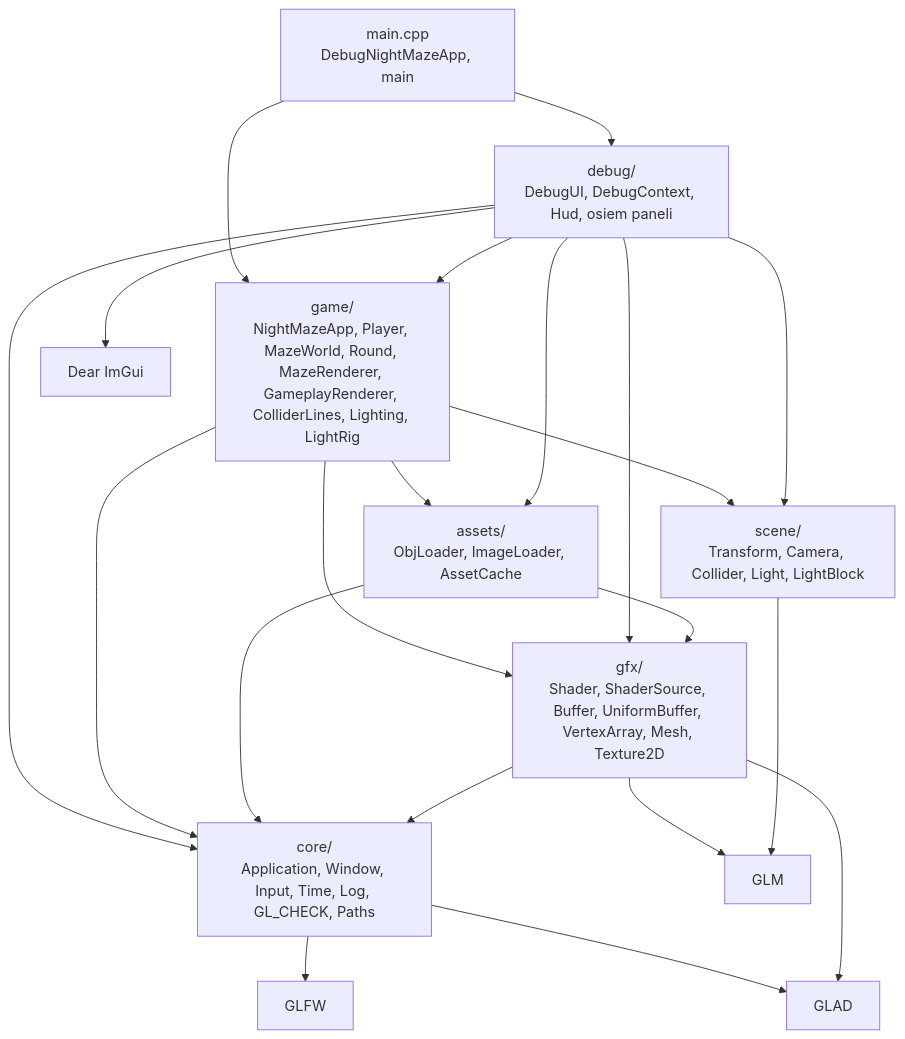
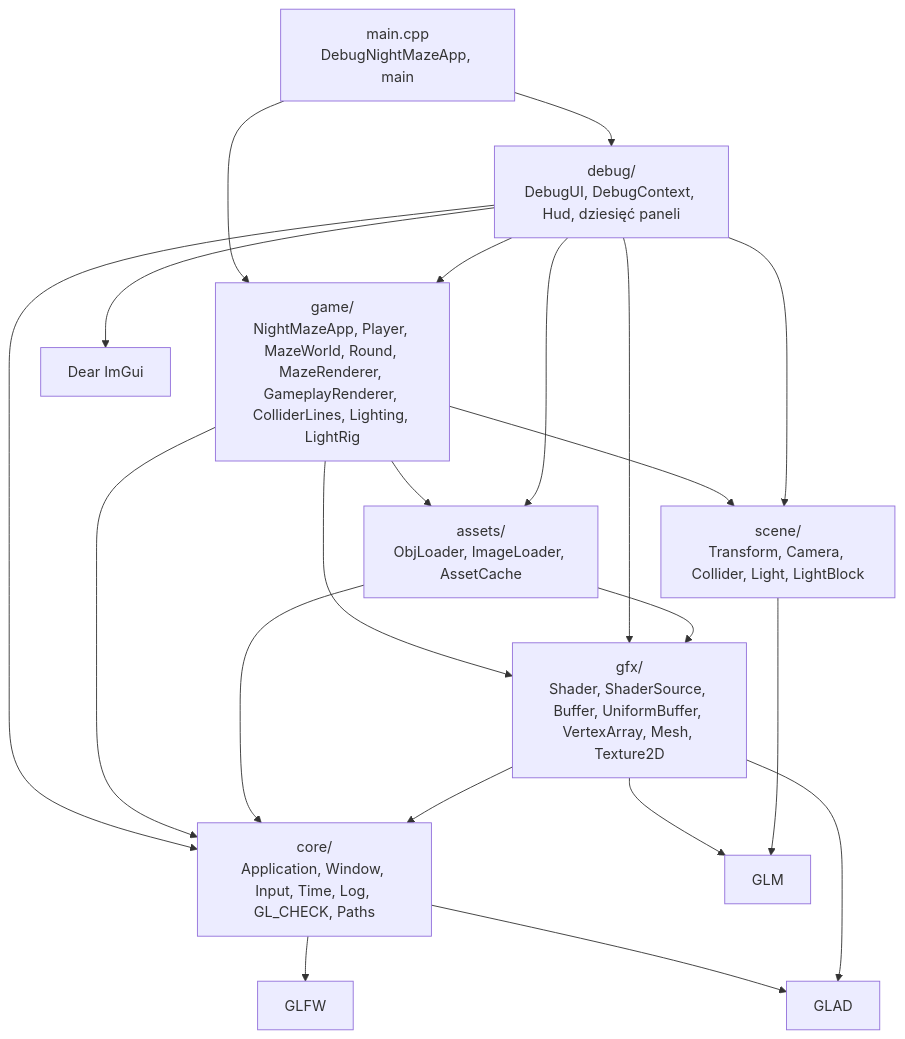
Before and after one commit to Shironex/night-maze: the first of 3 diagrams in docs/modules/core/README.md, drawn with Mermaid. The commit also changed other lines of this file and 12 other files, not shown here.

````diff
--- a/docs/modules/core/README.md
+++ b/docs/modules/core/README.md
@@ -44,23 +44,23 @@
 ```mermaid
 flowchart TD
-    Main["main.cpp<br/>DebugNightMazeApp, main"] --> Debug["debug/<br/>DebugUI, DebugContext, Hud, osiem paneli"]
+    Main["main.cpp<br/>DebugNightMazeApp, main"] --> Debug["debug/<br/>DebugUI, DebugContext, Hud, dziesięć paneli"]
     Main --> Game["game/<br/>NightMazeApp, Player, MazeWorld, Round, MazeRenderer, GameplayRenderer, ColliderLines, Lighting, LightRig"]
     Debug --> Core["core/<br/>Application, Window, Input, Time, Log, GL_CHECK, Paths"]
     Debug --> Game
     Game --> Core
     Game --> Assets
     Game --> Gfx
     Game --> Scene
     Debug --> Assets
     Debug --> Gfx
     Debug --> Scene
     Assets["assets/<br/>ObjLoader, ImageLoader, AssetCache"] --> Gfx
     Assets --> Core
     Gfx["gfx/<br/>Shader, ShaderSource, Buffer, UniformBuffer, VertexArray, Mesh, Texture2D"] --> Core
     Gfx --> Glm
     Scene["scene/<br/>Transform, Camera, Collider, Light, LightBlock"] --> Glm["GLM"]
     Debug --> ImGui["Dear ImGui"]
     Core --> Glfw["GLFW"]
     Core --> Glad["GLAD"]
     Gfx --> Glad
 ```
````
